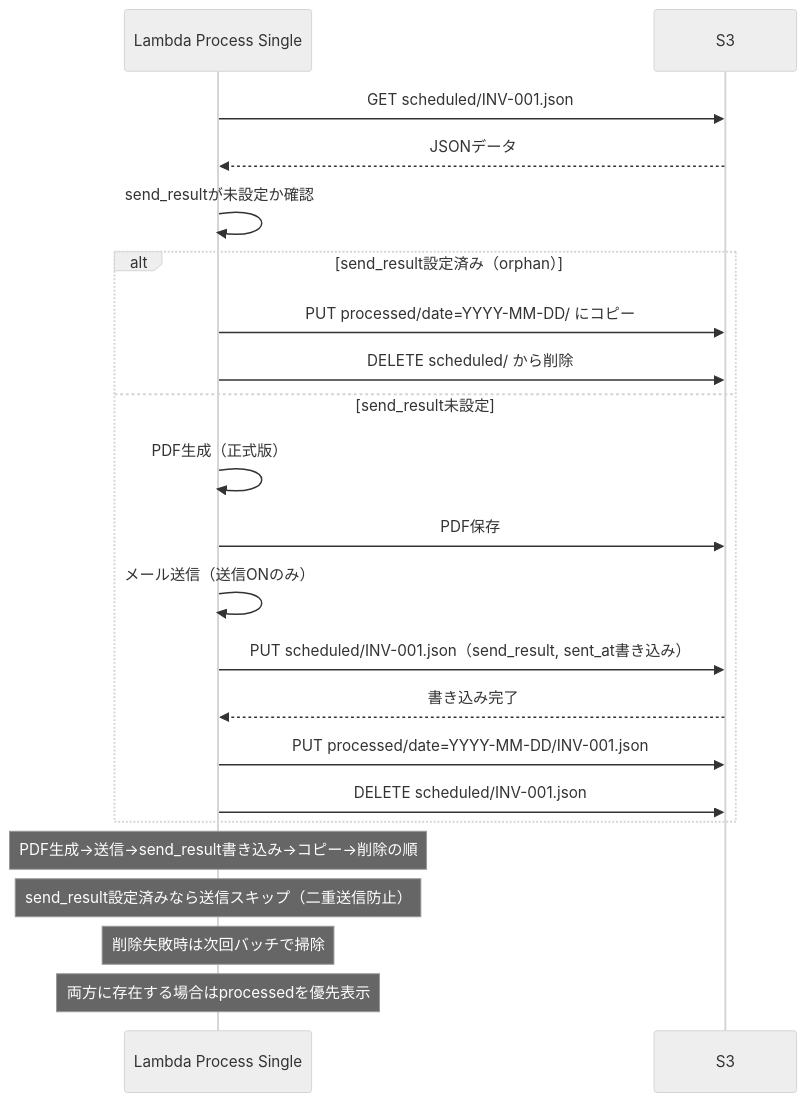
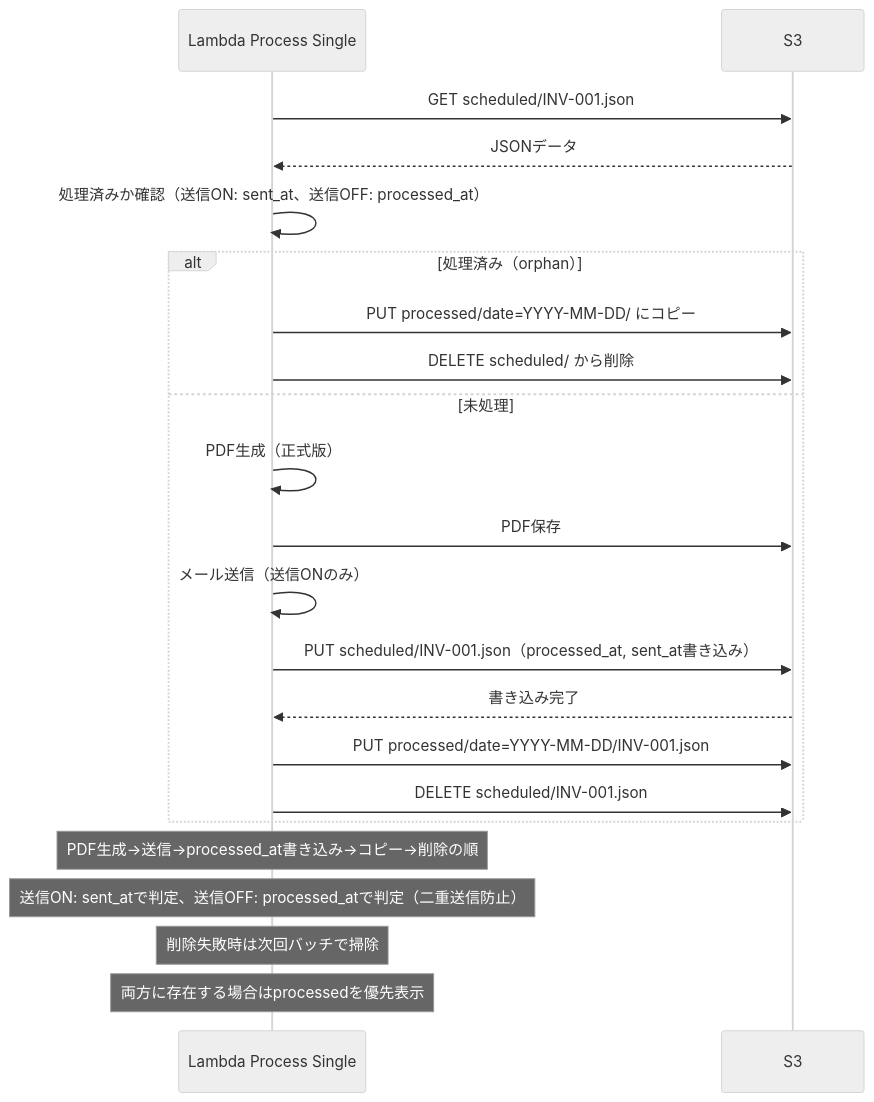
The fourth of 7 diagrams in .kiro/specs/invoice-delivery-mail-system/design.md (hogekof/tokaisteel-invoice-delivery-mail-system), drawn with Mermaid (neutral theme) before and after one commit. The commit also changed other lines of this file and 1 other file, not shown here.

First line of the commit message:
send_result削除、sent_at/processed_atで判定統一、伝票番号キャッシュ導入

````diff
--- a/.kiro/specs/invoice-delivery-mail-system/design.md
+++ b/.kiro/specs/invoice-delivery-mail-system/design.md
@@ -189,26 +189,26 @@
 ```mermaid
 sequenceDiagram
     participant Child as Lambda Process Single
     participant S3 as S3
 
     Child->>S3: GET scheduled/INV-001.json
     S3-->>Child: JSONデータ
-    Child->>Child: send_resultが未設定か確認
-    alt send_result設定済み（orphan）
+    Child->>Child: 処理済みか確認（送信ON: sent_at、送信OFF: processed_at）
+    alt 処理済み（orphan）
         Child->>S3: PUT processed/date=YYYY-MM-DD/ にコピー
         Child->>S3: DELETE scheduled/ から削除
-    else send_result未設定
+    else 未処理
         Child->>Child: PDF生成（正式版）
         Child->>S3: PDF保存
         Child->>Child: メール送信（送信ONのみ）
-        Child->>S3: PUT scheduled/INV-001.json（send_result, sent_at書き込み）
+        Child->>S3: PUT scheduled/INV-001.json（processed_at, sent_at書き込み）
         S3-->>Child: 書き込み完了
         Child->>S3: PUT processed/date=YYYY-MM-DD/INV-001.json
         Child->>S3: DELETE scheduled/INV-001.json
     end
 
-    Note over Child: PDF生成→送信→send_result書き込み→コピー→削除の順
-    Note over Child: send_result設定済みなら送信スキップ（二重送信防止）
+    Note over Child: PDF生成→送信→processed_at書き込み→コピー→削除の順
+    Note over Child: 送信ON: sent_atで判定、送信OFF: processed_atで判定（二重送信防止）
     Note over Child: 削除失敗時は次回バッチで掃除
     Note over Child: 両方に存在する場合はprocessedを優先表示
 ```
````
